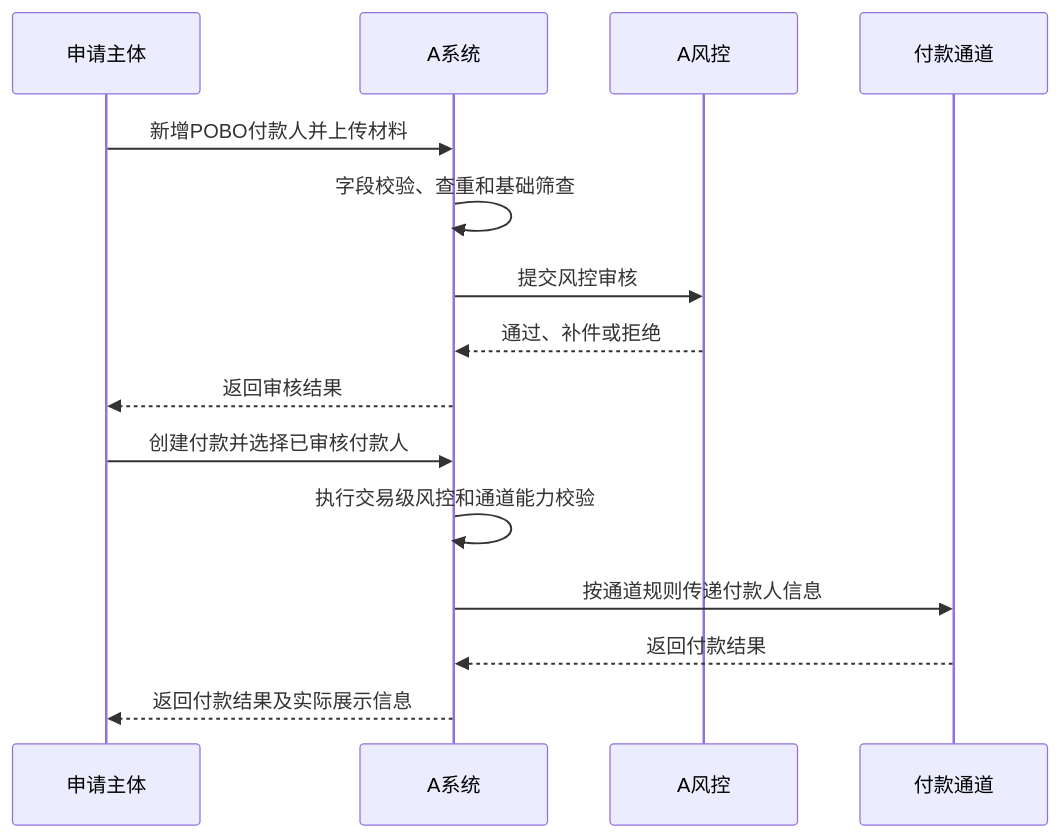
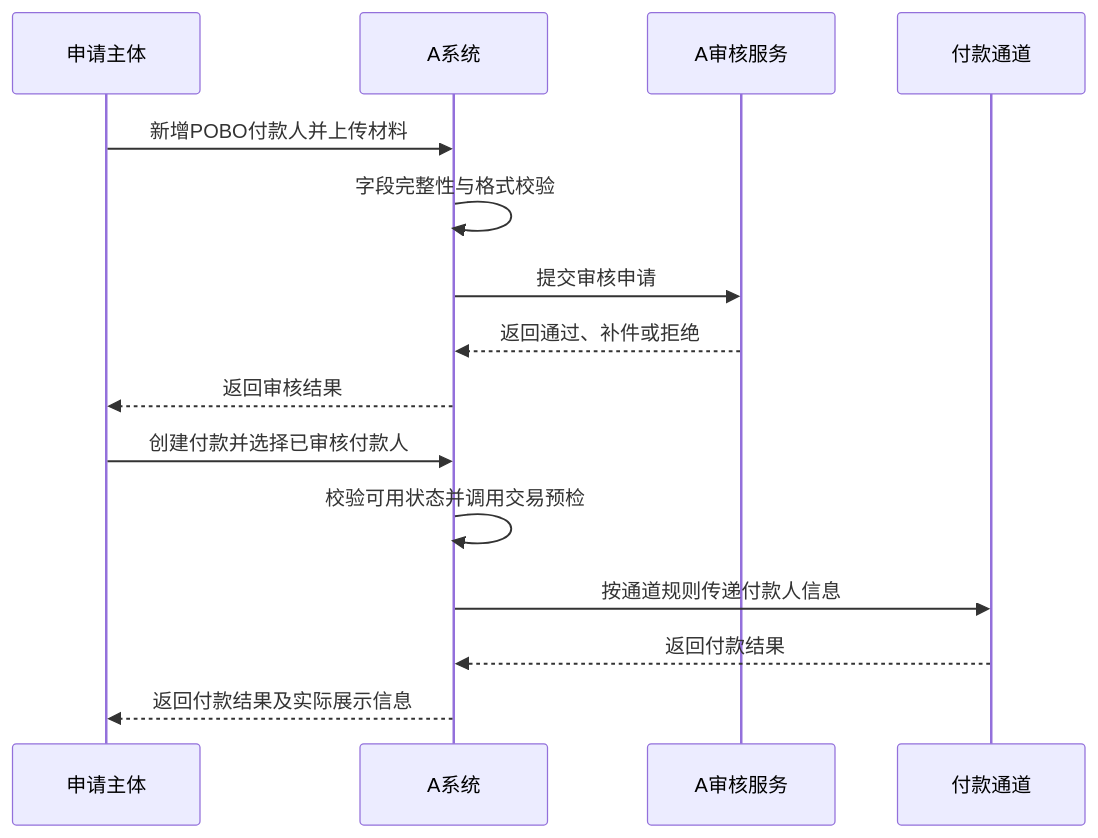
One commit to xiaoxiaoangie/EX-NEW changed the diagram in MORSolutions/解决方案/A-POBO付款人管理-PRD.md. Above: the diagram before and after it, drawn with Mermaid. The commit also changed other lines of this file and 3 other files, not shown here.

````diff
--- a/MORSolutions/解决方案/A-POBO付款人管理-PRD.md
+++ b/MORSolutions/解决方案/A-POBO付款人管理-PRD.md
@@ -131,18 +129,18 @@
 ```mermaid
 sequenceDiagram
     participant U as 申请主体
     participant A as A系统
-    participant RC as A风控
+    participant RV as A审核服务
     participant CH as 付款通道
 
     U->>A: 新增POBO付款人并上传材料
-    A->>A: 字段校验、查重和基础筛查
-    A->>RC: 提交风控审核
-    RC-->>A: 通过、补件或拒绝
+    A->>A: 字段完整性与格式校验
+    A->>RV: 提交审核申请
+    RV-->>A: 返回通过、补件或拒绝
     A-->>U: 返回审核结果
     U->>A: 创建付款并选择已审核付款人
-    A->>A: 执行交易级风控和通道能力校验
+    A->>A: 校验可用状态并调用交易预检
     A->>CH: 按通道规则传递付款人信息
     CH-->>A: 返回付款结果
     A-->>U: 返回付款结果及实际展示信息
 ```
````
